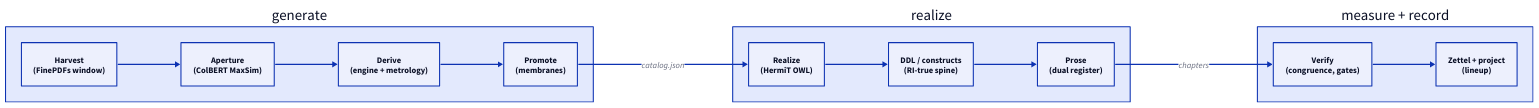
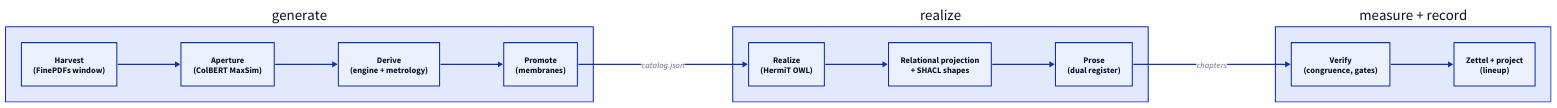
One commit to zndx/aegir changed the first of 3 diagrams in docs/current/src/pipeline.md. Above: the diagram before and after it, drawn with D2. The commit also changed other lines of this file and 7 other files, not shown here.

````diff
--- a/docs/current/src/pipeline.md
+++ b/docs/current/src/pipeline.md
@@ -37,30 +37,30 @@
 ```d2
 direction: right
 
 gen: {
   label: "generate"
   harvest: Harvest\n(FinePDFs window)
   aperture: Aperture\n(ColBERT MaxSim)
   derive: Derive\n(engine + metrology)
   promote: Promote\n(membranes)
   harvest -> aperture -> derive -> promote
 }
 
 realizearm: {
   label: "realize"
   realize: Realize\n(HermiT OWL)
-  ddl: DDL / constructs\n(RI-true spine)
+  ddl: Relational projection\n+ SHACL shapes
   prose: Prose\n(dual register)
   realize -> ddl -> prose
 }
 
 measure: {
   label: "measure + record"
   verify: Verify\n(congruence, gates)
   zettel: Zettel + project\n(lineup)
   verify -> zettel
 }
 
 gen.promote -> realizearm.realize: catalog.json
 realizearm.prose -> measure.verify: chapters
 ```
````
